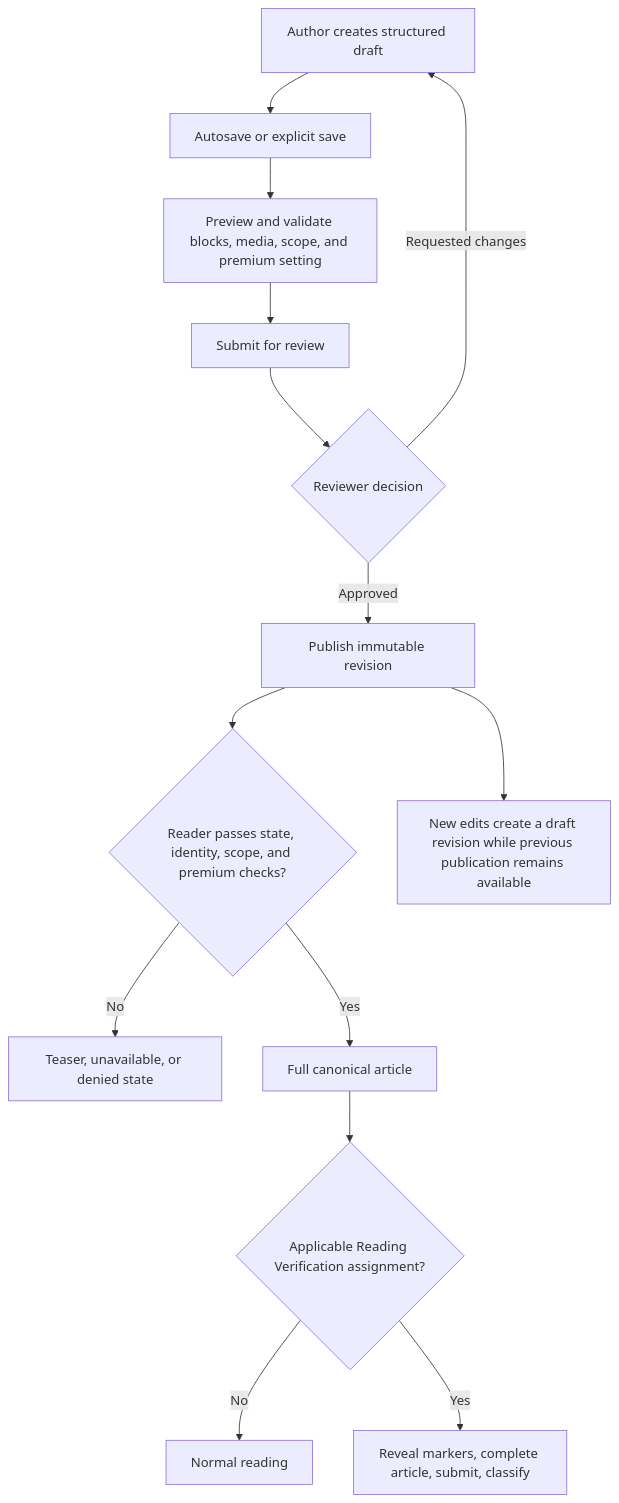
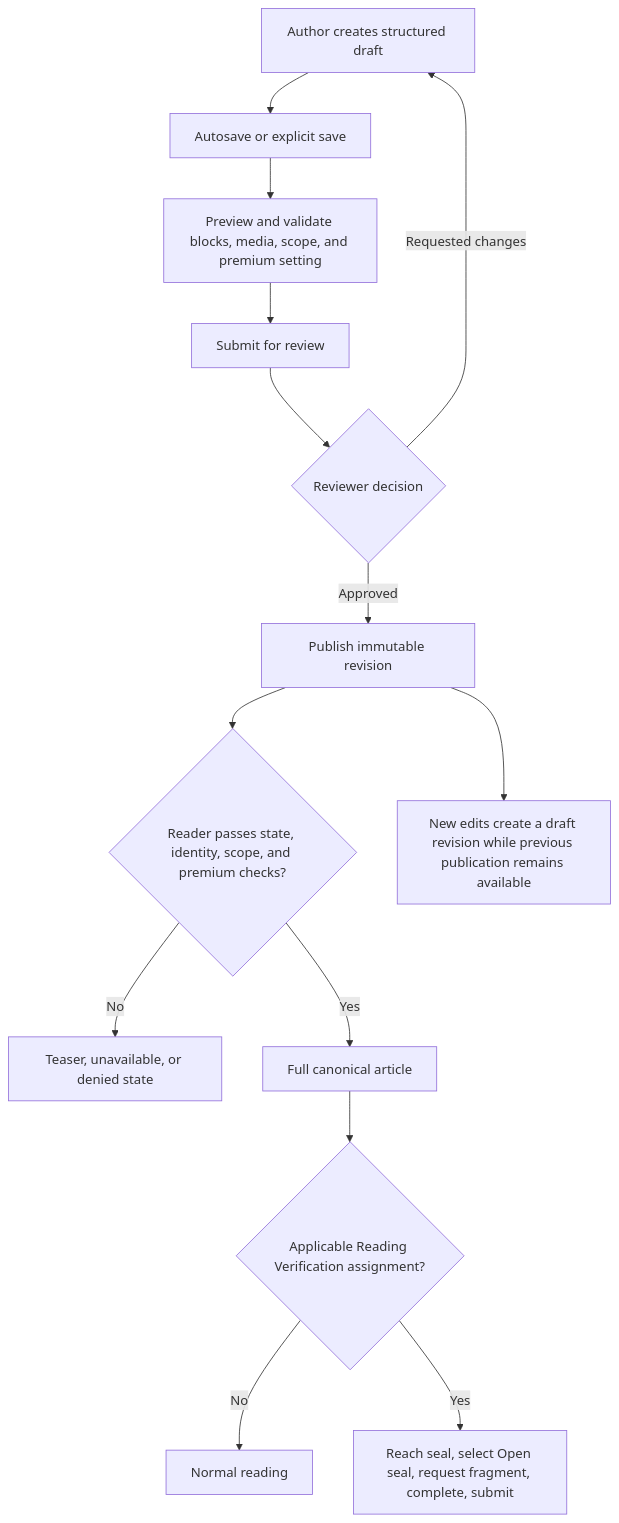
Before and after one commit to cristianrusu777/Kingshot-Events-Tracker-DOCS: the diagram in docs/kingshot-events/knowledge-hub/index.md, drawn with Mermaid. The commit also changed other lines of this file and 72 other files, not shown here.

````diff
--- a/docs/kingshot-events/knowledge-hub/index.md
+++ b/docs/kingshot-events/knowledge-hub/index.md
@@ -22,16 +24,16 @@
 ```mermaid
 flowchart TD
   D["Author creates structured draft"] --> S["Autosave or explicit save"]
   S --> V["Preview and validate blocks, media, scope, and premium setting"]
   V --> R["Submit for review"]
   R --> C{"Reviewer decision"}
   C -- "Requested changes" --> D
   C -- "Approved" --> P["Publish immutable revision"]
   P --> A{"Reader passes state, identity, scope, and premium checks?"}
   A -- "No" --> T["Teaser, unavailable, or denied state"]
   A -- "Yes" --> F["Full canonical article"]
   F --> Q{"Applicable Reading Verification assignment?"}
   Q -- "No" --> Z["Normal reading"]
-  Q -- "Yes" --> M["Reveal markers, complete article, submit, classify"]
+  Q -- "Yes" --> M["Reach seal, select Open seal, request fragment, complete, submit"]
   P --> N["New edits create a draft revision while previous publication remains available"]
 ```
````
